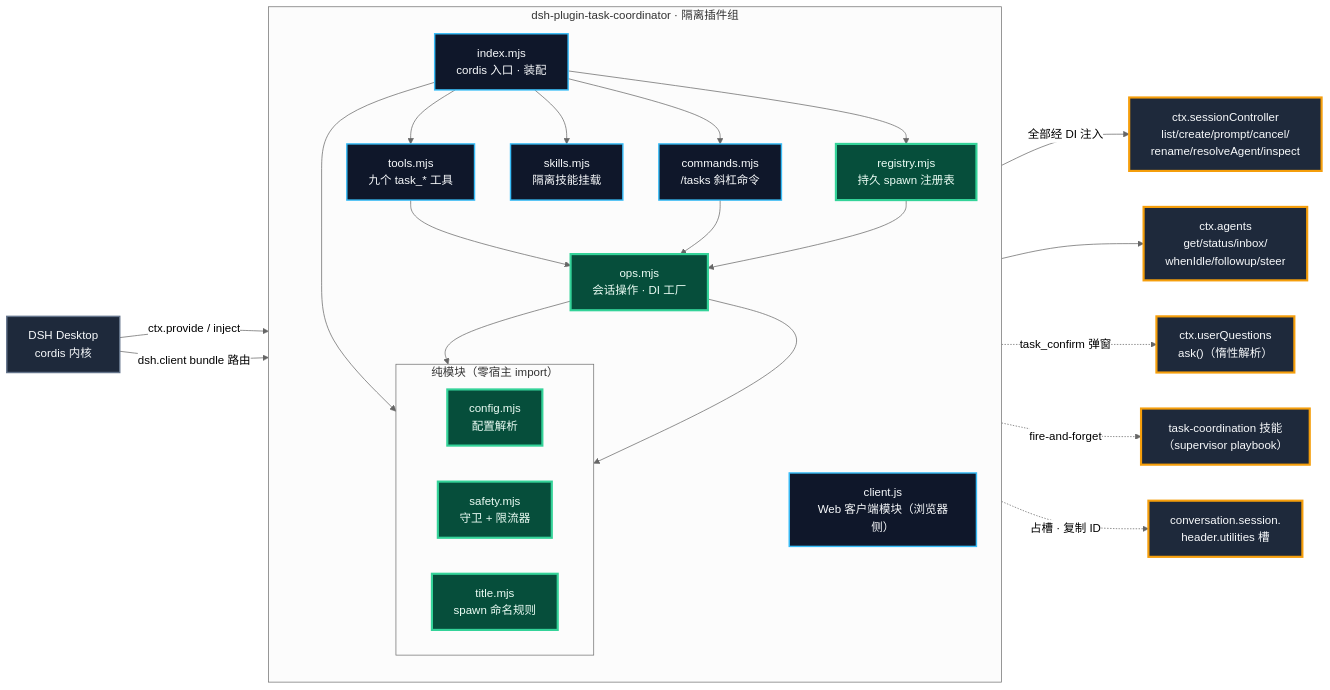
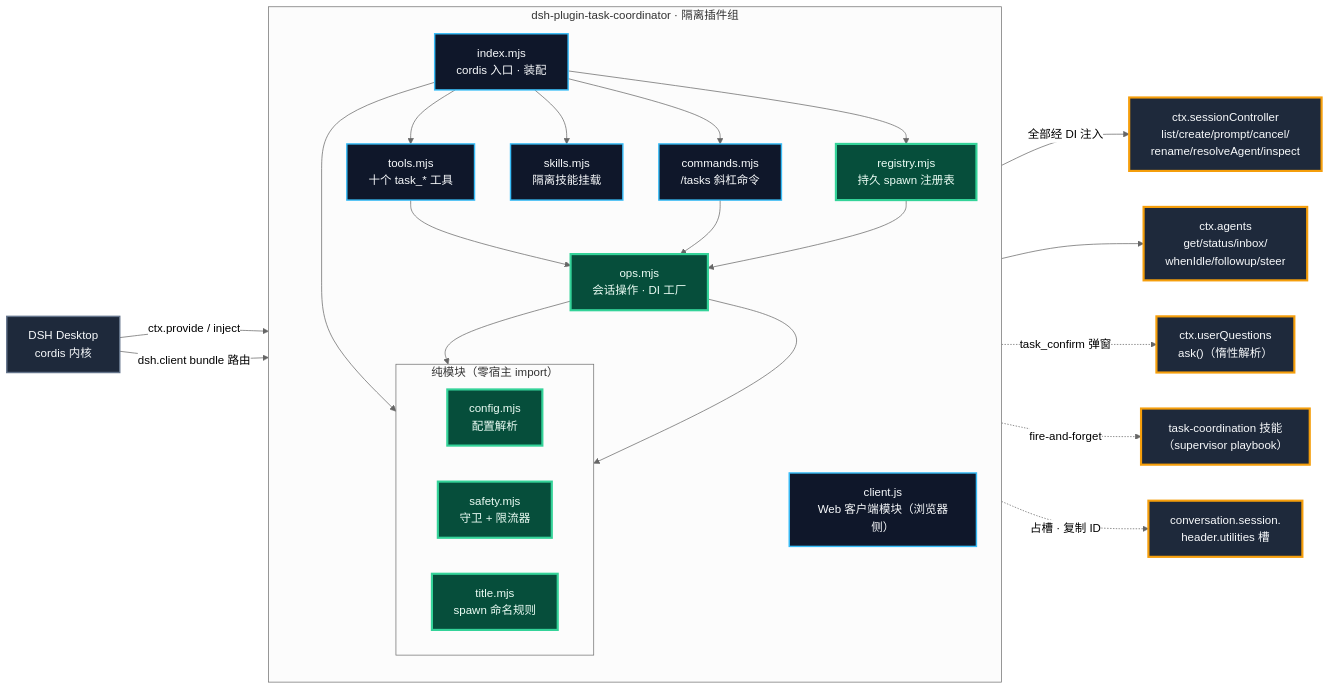
Before and after one commit to Kayungko/dsh-plugin-task-coordinator: the diagram in docs/ARCHITECTURE.md, drawn with Mermaid (neutral theme). The commit also changed other lines of this file and 12 other files, not shown here.

````diff
--- a/docs/ARCHITECTURE.md
+++ b/docs/ARCHITECTURE.md
@@ -15,54 +15,54 @@
 ```mermaid
 flowchart LR
     host["DSH Desktop<br/>cordis 内核"]
 
     subgraph plugin["dsh-plugin-task-coordinator · 隔离插件组"]
         direction TB
         index["index.mjs<br/>cordis 入口 · 装配"]
-        tools["tools.mjs<br/>九个 task_* 工具"]
+        tools["tools.mjs<br/>十个 task_* 工具"]
         commands["commands.mjs<br/>/tasks 斜杠命令"]
         ops["ops.mjs<br/>会话操作 · DI 工厂"]
         skills["skills.mjs<br/>隔离技能挂载"]
         registry["registry.mjs<br/>持久 spawn 注册表"]
         client["client.js<br/>Web 客户端模块（浏览器侧）"]
 
         subgraph pure["纯模块（零宿主 import）"]
             direction LR
             config["config.mjs<br/>配置解析"]
             safety["safety.mjs<br/>守卫 + 限流器"]
             title["title.mjs<br/>spawn 命名规则"]
         end
 
         index --> tools --> ops
         index --> commands --> ops
         index --> skills
         index --> config
         index --> registry --> ops
         ops --> safety
         ops --> title
     end
 
     sc["ctx.sessionController<br/>list/create/prompt/cancel/<br/>rename/resolveAgent/inspect"]
     agents["ctx.agents<br/>get/status/inbox/<br/>whenIdle/followup/steer"]
     uq["ctx.userQuestions<br/>ask()（惰性解析）"]
     skill["task-coordination 技能<br/>（supervisor playbook）"]
     slot["conversation.session.<br/>header.utilities 槽"]
 
     host -->|"ctx.provide / inject"| index
     host -->|"dsh.client bundle 路由"| client
     ops -->|"全部经 DI 注入"| sc
     ops --> agents
     ops -.->|"task_confirm 弹窗"| uq
     skills -.->|"fire-and-forget"| skill
     client -.->|"占槽 · 复制 ID"| slot
 
     classDef host fill:#1E293B,stroke:#64748B,color:#F8FAFC,stroke-width:2px;
     classDef wiring fill:#0F172A,stroke:#38BDF8,color:#F8FAFC,stroke-width:2px;
     classDef core fill:#064E3B,stroke:#34D399,color:#ECFDF5,stroke-width:3px;
     classDef target fill:#1E293B,stroke:#F59E0B,color:#F8FAFC,stroke-width:3px;
 
     class host host;
     class index,tools,commands,skills,client wiring;
     class ops,config,safety,title,registry core;
     class sc,agents,uq,skill,slot target;
 ```
````
